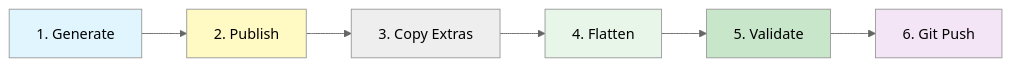
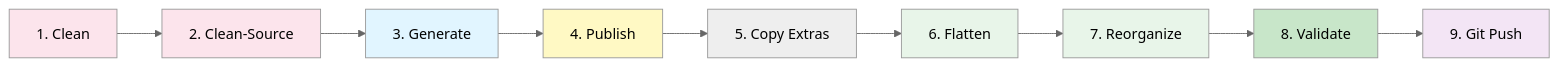
Before and after one commit to docxology/biol-1: the second of 2 diagrams in software/docs/ORCHESTRATION.md, drawn with Mermaid (neutral theme). The commit also changed other lines of this file and 119 other files, not shown here.

````diff
--- a/software/docs/ORCHESTRATION.md
+++ b/software/docs/ORCHESTRATION.md
@@ -820,14 +820,20 @@
 ```mermaid
 flowchart LR
-    GEN["1. Generate"] --> PUB["2. Publish"]
-    PUB --> COPY["3. Copy Extras"]
-    COPY --> FLAT["4. Flatten"]
-    FLAT --> VAL["5. Validate"]
-    VAL --> GIT["6. Git Push"]
+    CLN["1. Clean"] --> CLNS["2. Clean-Source"]
+    CLNS --> GEN["3. Generate"]
+    GEN --> PUB["4. Publish"]
+    PUB --> COPY["5. Copy Extras"]
+    COPY --> FLAT["6. Flatten"]
+    FLAT --> REORG["7. Reorganize"]
+    REORG --> VAL["8. Validate"]
+    VAL --> GIT["9. Git Push"]
     
+    style CLN fill:#fce4ec
+    style CLNS fill:#fce4ec
     style GEN fill:#e1f5ff
     style PUB fill:#fff9c4
     style FLAT fill:#e8f5e9
+    style REORG fill:#e8f5e9
     style VAL fill:#c8e6c9
     style GIT fill:#f3e5f5
 ```
````
